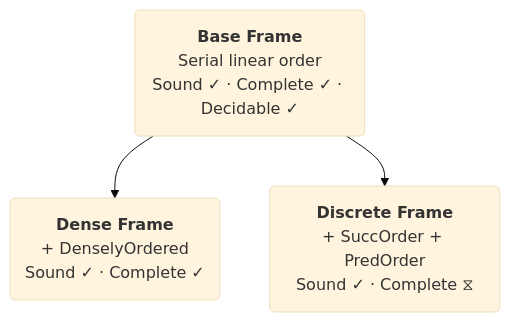
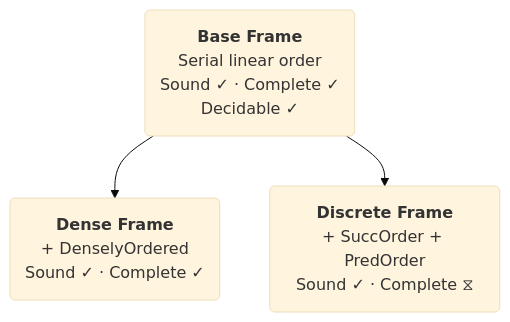
The diagram in README.md (benbrastmckie/BimodalLogic), drawn with Mermaid (base theme) before and after one commit.

````diff
--- a/README.md
+++ b/README.md
@@ -120,13 +120,13 @@
 ```mermaid
 graph TD
-    B("<b>Base Frame</b><br/>Serial linear order<br/>Sound ✓ · Complete ✓ · Decidable ✓")
+    B("<b>Base Frame</b><br/>Serial linear order<br/>Sound ✓ · Complete ✓<br/>Decidable ✓")
     D("<b>Dense Frame</b><br/>+ DenselyOrdered<br/>Sound ✓ · Complete ✓")
     Z("<b>Discrete Frame</b><br/>+ SuccOrder + PredOrder<br/>Sound ✓ · Complete ⧖")
 
     B --> D
     B --> Z
 
     style B min-width:350px
     style D min-width:350px
     style Z min-width:350px
 ```
````
